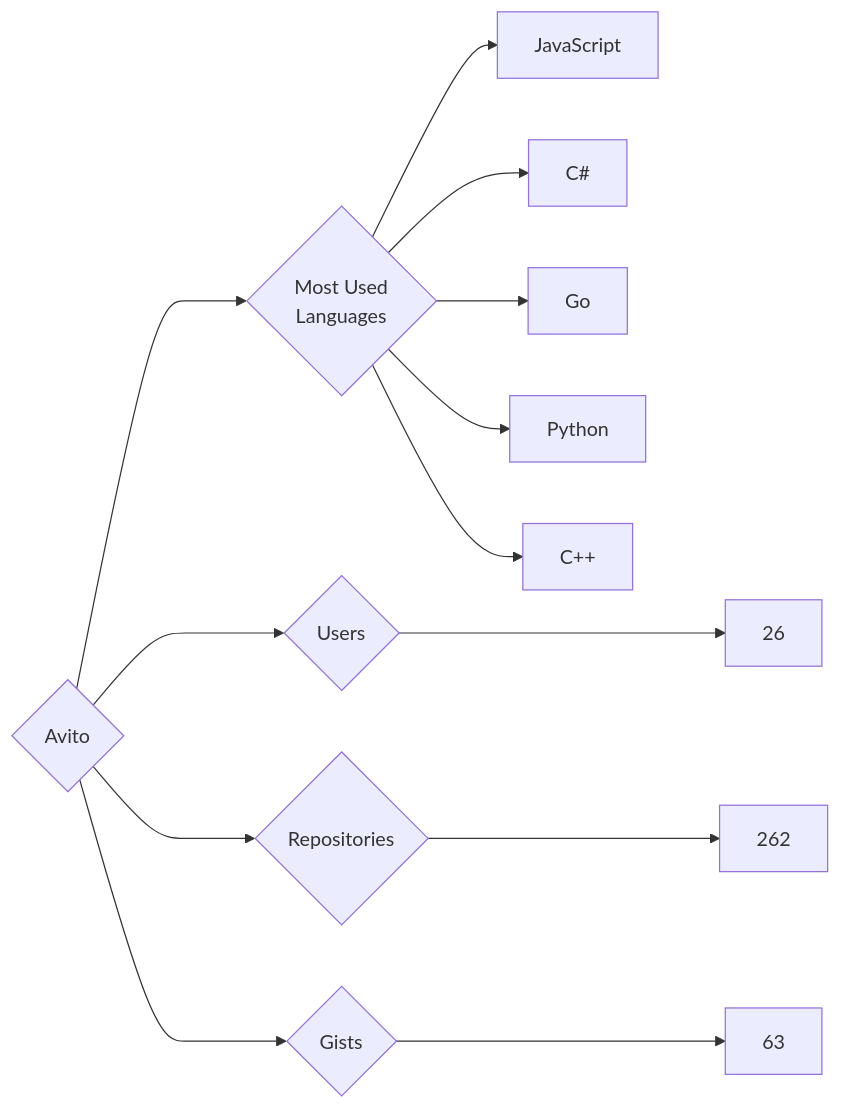
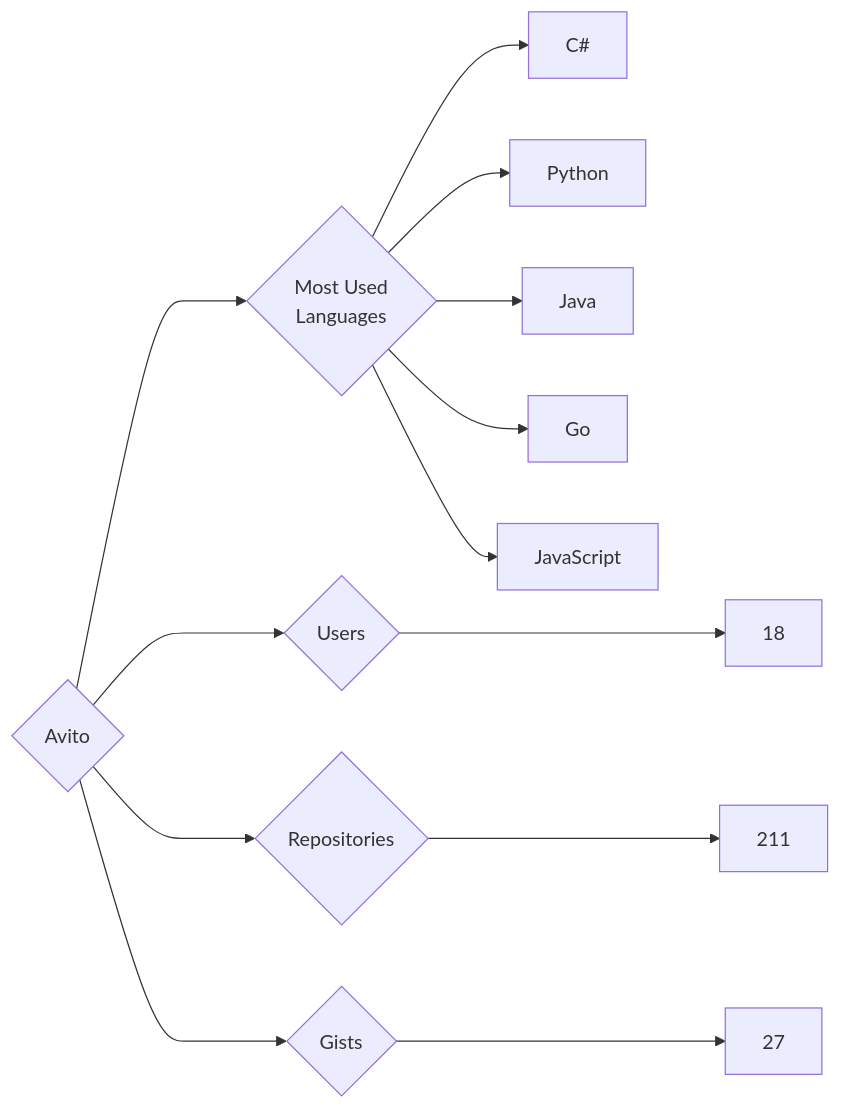
One commit to trickest/insiders changed the diagram in targets/Avito/README.md. Above: the diagram before and after it, drawn with Mermaid. The commit also changed 984 other files, not shown here.

````diff
--- a/targets/Avito/README.md
+++ b/targets/Avito/README.md
@@ -3,13 +3,13 @@
 ```mermaid
 graph LR
 COMPANY_NAME{Avito}
-COMPANY_NAME ---> U{Users} ---> UN[26]
-COMPANY_NAME ---> R{Repositories} ---> RN[262]
-COMPANY_NAME ---> G{Gists} ---> GN[63]
+COMPANY_NAME ---> U{Users} ---> UN[18]
+COMPANY_NAME ---> R{Repositories} ---> RN[211]
+COMPANY_NAME ---> G{Gists} ---> GN[27]
 COMPANY_NAME ---> ML{Most Used<br>Languages}
+ML --> C#[C#]
+ML --> Python[Python]
+ML --> Java[Java]
+ML --> Go[Go]
 ML --> JavaScript[JavaScript]
-ML --> C#[C#]
-ML --> Go[Go]
-ML --> Python[Python]
-ML --> C++[C++]
 ```
````
